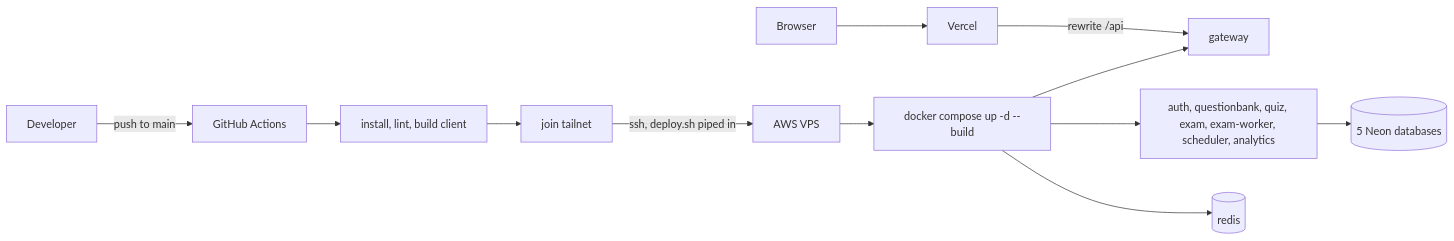
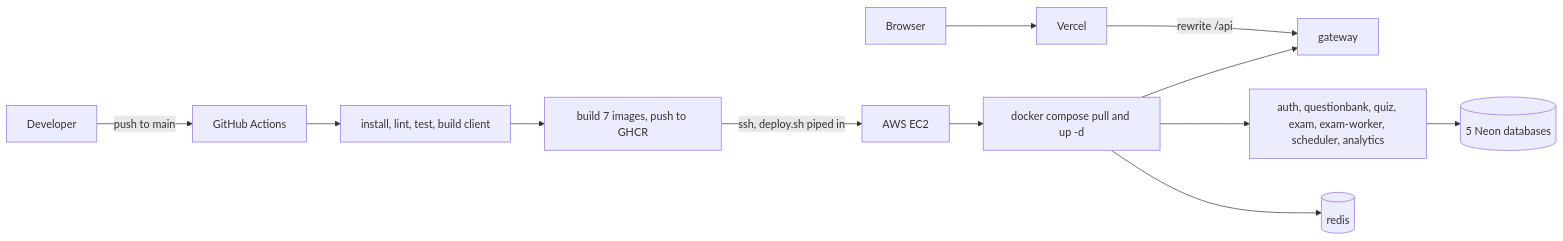
One commit to prawesh-12/quiz-platform changed the first of 2 diagrams in docs/12_deployment.md. Above: the diagram before and after it, drawn with Mermaid. The commit also changed other lines of this file and 11 other files, not shown here.

Commit message:
ci: build images in GitHub Actions and pull them on the server instead of building there

````diff
--- a/docs/12_deployment.md
+++ b/docs/12_deployment.md
@@ -12,14 +12,14 @@
 ```mermaid
 flowchart LR
     Dev[Developer] -->|push to main| GH[GitHub Actions]
-    GH --> Checks[install, lint, build client]
-    Checks --> TS[join tailnet]
-    TS -->|ssh, deploy.sh piped in| VPS[AWS VPS]
-    VPS --> Compose[docker compose up -d --build]
+    GH --> Checks[install, lint, test, build client]
+    Checks --> Img[build 7 images, push to GHCR]
+    Img -->|ssh, deploy.sh piped in| EC2[AWS EC2]
+    EC2 --> Compose[docker compose pull and up -d]
     Compose --> GWc[gateway]
     Compose --> Svcs[auth, questionbank, quiz, exam, exam-worker, scheduler, analytics]
     Compose --> Redis[(redis)]
     Svcs --> Neon[(5 Neon databases)]
     Vercel[Vercel] -->|rewrite /api| GWc
     Browser --> Vercel
 ```
````
